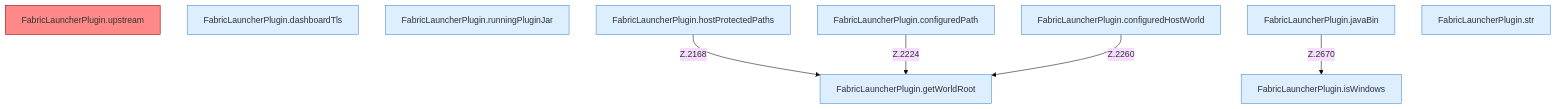
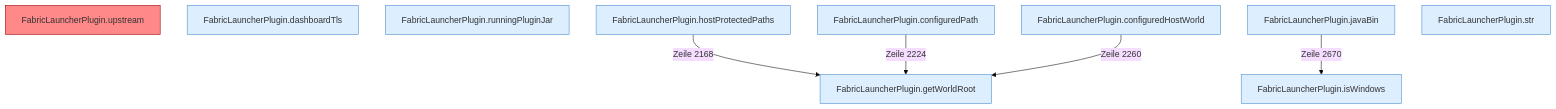
The diagram in Host-Pfade.md (PrinceDiamant/minecraft-serverhoster-plugin), drawn with Mermaid (base theme) before and after one commit. The commit also changed other lines of this file and 2005 other files, not shown here.

````diff
--- a/Host-Pfade.md
+++ b/Host-Pfade.md
@@ -5,20 +5,20 @@
 ```mermaid
 flowchart TD
   n1["FabricLauncherPlugin.getWorldRoot"]:::internal-link
   n2["FabricLauncherPlugin.upstream"]:::internal-link
   n3["FabricLauncherPlugin.dashboardTls"]:::internal-link
   n4["FabricLauncherPlugin.runningPluginJar"]:::internal-link
   n5["FabricLauncherPlugin.hostProtectedPaths"]:::internal-link
   n6["FabricLauncherPlugin.configuredPath"]:::internal-link
   n7["FabricLauncherPlugin.configuredHostWorld"]:::internal-link
   n8["FabricLauncherPlugin.javaBin"]:::internal-link
   n9["FabricLauncherPlugin.str"]:::internal-link
   n10["FabricLauncherPlugin.isWindows"]:::internal-link
-  n5 -->|"Z.2168"| n1
-  n6 -->|"Z.2224"| n1
-  n7 -->|"Z.2260"| n1
-  n8 -->|"Z.2670"| n10
+  n5 -->|"Zeile 2168"| n1
+  n6 -->|"Zeile 2224"| n1
+  n7 -->|"Zeile 2260"| n1
+  n8 -->|"Zeile 2670"| n10
   classDef internal-link fill:#ddeeff,stroke:#4488cc
   classDef befund fill:#f88
   style n2 fill:#f88,stroke:#900
 ```
````
